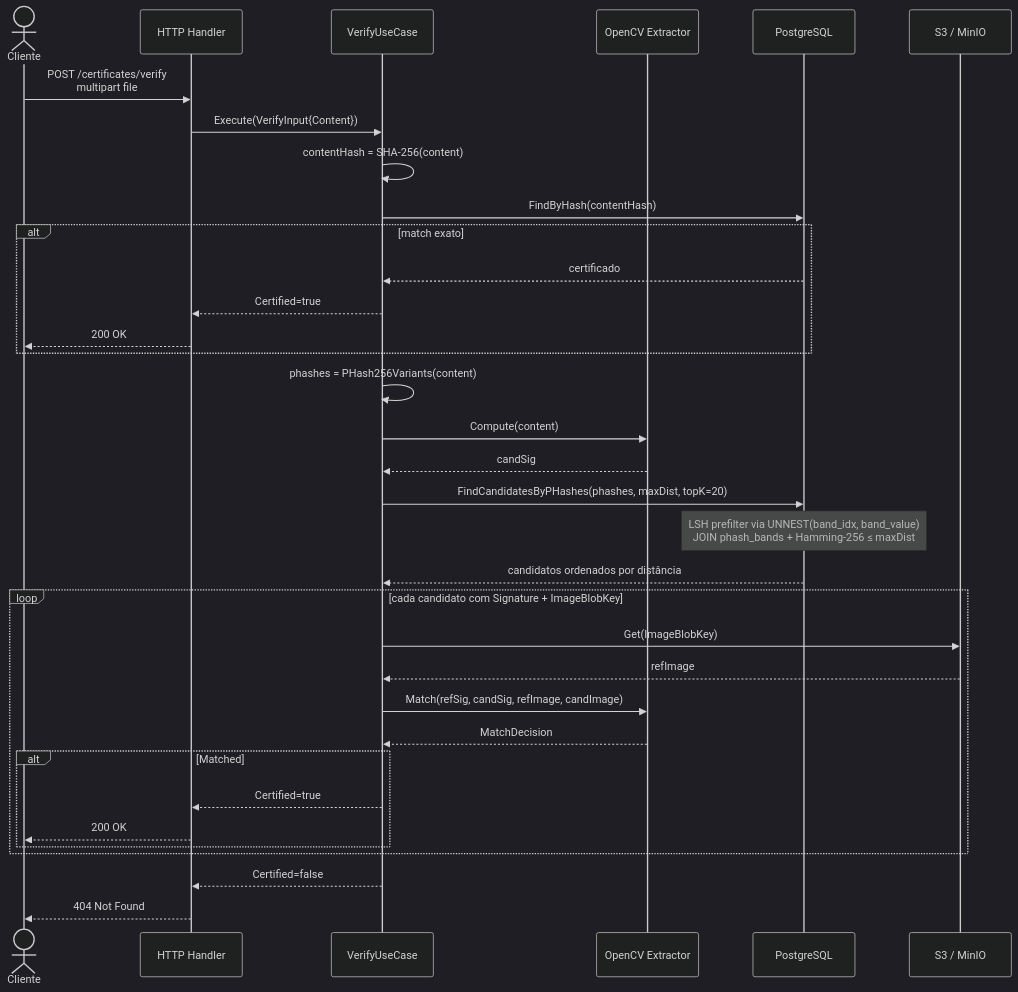
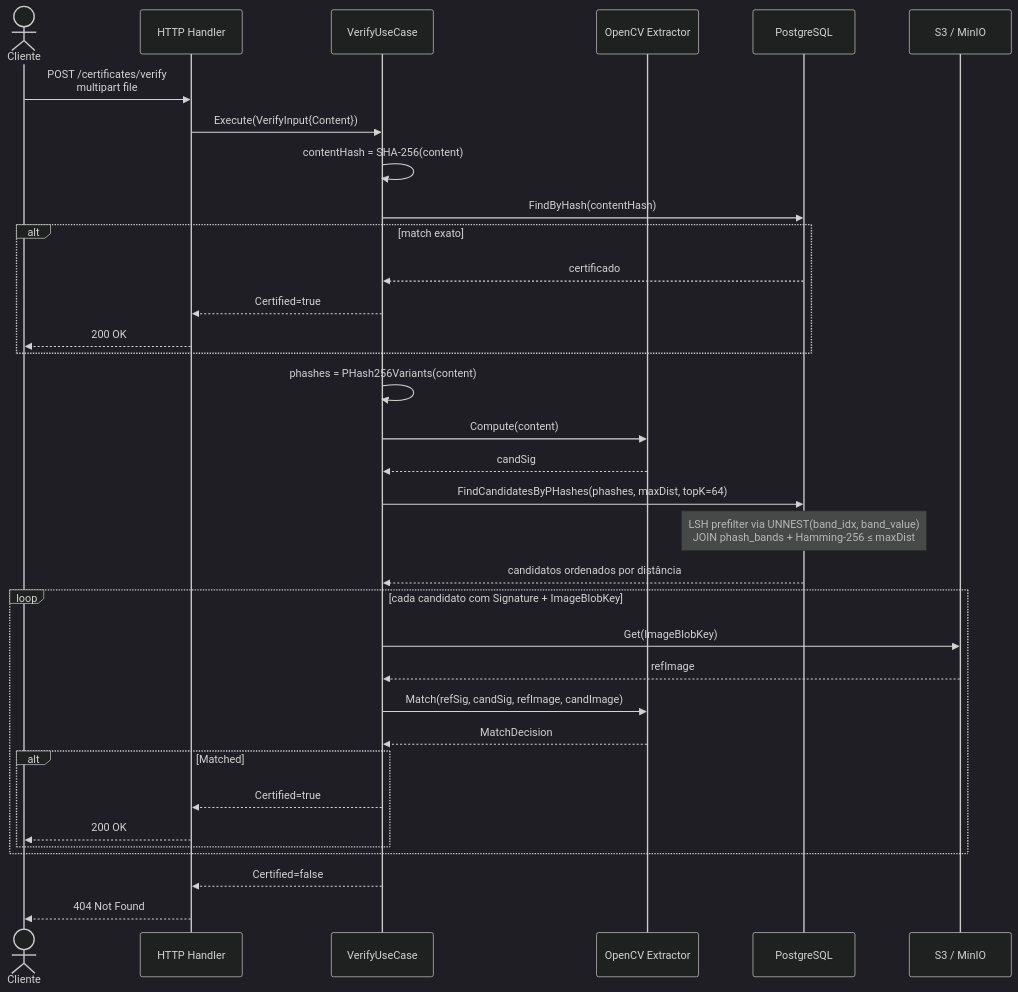
Before and after one commit to waizbart/aletheia-api: the second of 3 diagrams in docs/SEQUENCE_DIAGRAM.md, drawn with Mermaid (dark theme). The commit also changed 16 other files, not shown here.

````diff
--- a/docs/SEQUENCE_DIAGRAM.md
+++ b/docs/SEQUENCE_DIAGRAM.md
@@ -63,43 +63,43 @@
 ```mermaid
 sequenceDiagram
     actor U as Cliente
     participant API as HTTP Handler
     participant UC as VerifyUseCase
     participant CV as OpenCV Extractor
     participant DB as PostgreSQL
     participant S3 as S3 / MinIO
 
     U->>API: POST /certificates/verify<br/>multipart file
     API->>UC: Execute(VerifyInput{Content})
 
     UC->>UC: contentHash = SHA-256(content)
     UC->>DB: FindByHash(contentHash)
 
     alt match exato
         DB-->>UC: certificado
         UC-->>API: Certified=true
         API-->>U: 200 OK
     end
 
     UC->>UC: phashes = PHash256Variants(content)
     UC->>CV: Compute(content)
     CV-->>UC: candSig
 
-    UC->>DB: FindCandidatesByPHashes(phashes, maxDist, topK=20)
+    UC->>DB: FindCandidatesByPHashes(phashes, maxDist, topK=64)
     Note over DB: LSH prefilter via UNNEST(band_idx, band_value)<br/>JOIN phash_bands + Hamming-256 ≤ maxDist
     DB-->>UC: candidatos ordenados por distância
 
     loop cada candidato com Signature + ImageBlobKey
         UC->>S3: Get(ImageBlobKey)
         S3-->>UC: refImage
         UC->>CV: Match(refSig, candSig, refImage, candImage)
         CV-->>UC: MatchDecision
         alt Matched
             UC-->>API: Certified=true
             API-->>U: 200 OK
         end
     end
 
     UC-->>API: Certified=false
     API-->>U: 404 Not Found
 ```
````
